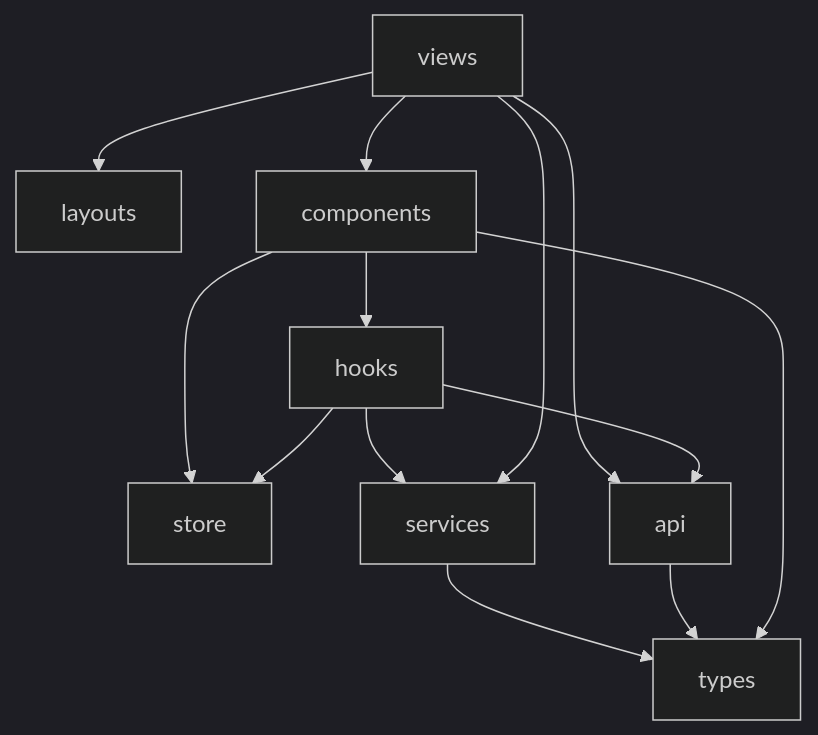
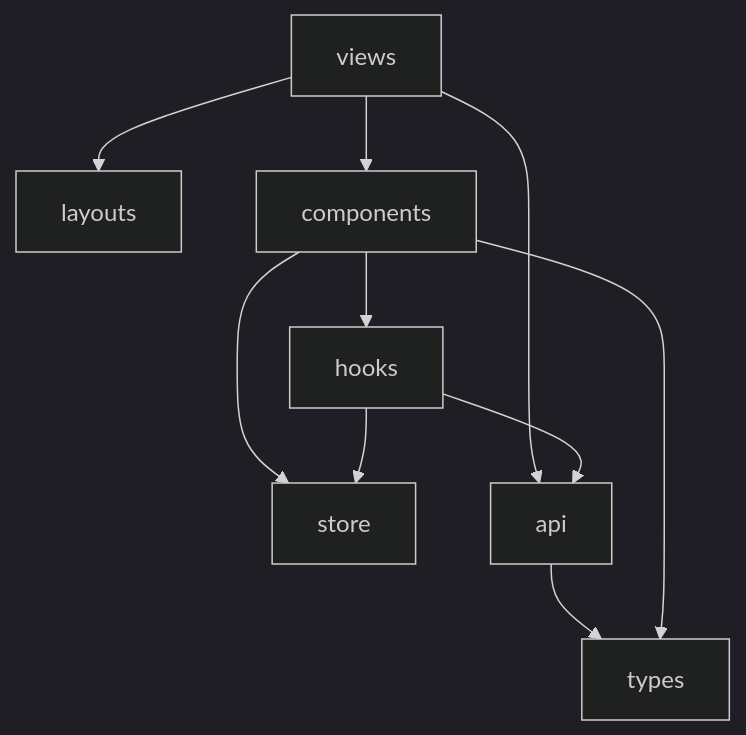
One commit to DonutGeek/jl-git changed the diagram in docs/architecture/frontend.md. Above: the diagram before and after it, drawn with Mermaid (dark theme). The commit also changed other lines of this file and 67 other files, not shown here.

````diff
--- a/docs/architecture/frontend.md
+++ b/docs/architecture/frontend.md
@@ -57,15 +56,12 @@
 ```mermaid
 flowchart TB
   views --> layouts
   views --> components
   components --> hooks
   components --> store
-  hooks --> services
   hooks --> store
-  views --> services
   views --> api
   hooks --> api
-  services --> types
   api --> types
   components --> types
 ```
````
